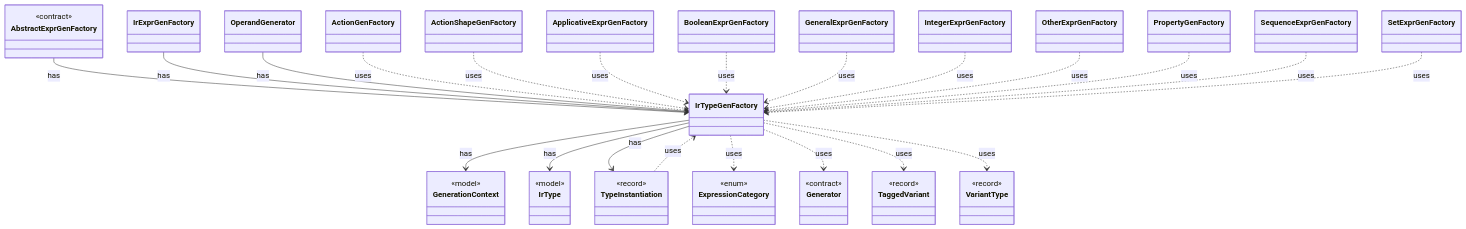
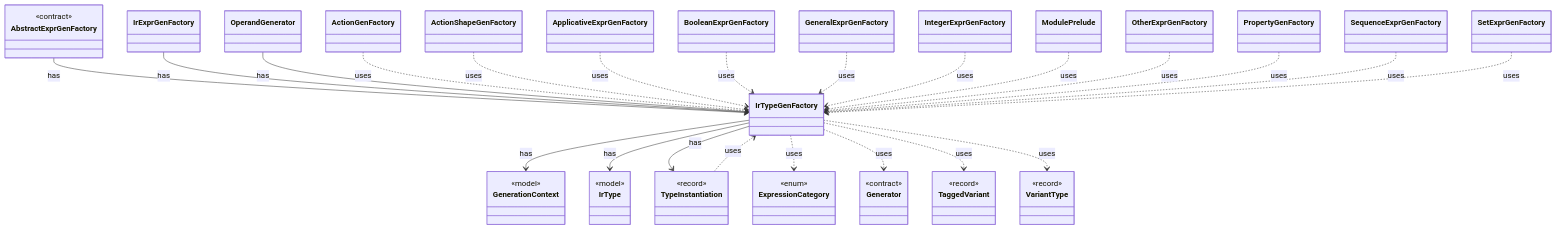
The diagram in dev/types/io.github.tlaplus.hardening.gen.engine.IrTypeGenFactory.md (tlaplus/model-checker-hardening), drawn with Mermaid before and after one commit. The commit also changed other lines of this file and 401 other files, not shown here.

````diff
--- a/dev/types/io.github.tlaplus.hardening.gen.engine.IrTypeGenFactory.md
+++ b/dev/types/io.github.tlaplus.hardening.gen.engine.IrTypeGenFactory.md
@@ -7,61 +7,63 @@
 ```mermaid
 classDiagram
   class IrTypeGenFactory
   class GenerationContext {
     <<model>>
   }
   class IrType {
     <<model>>
   }
   class TypeInstantiation {
     <<record>>
   }
   class AbstractExprGenFactory {
     <<contract>>
   }
   class IrExprGenFactory
   class OperandGenerator
   class ExpressionCategory {
     <<enum>>
   }
   class Generator {
     <<contract>>
   }
   class TaggedVariant {
     <<record>>
   }
   class VariantType {
     <<record>>
   }
   class ActionGenFactory
   class ActionShapeGenFactory
   class ApplicativeExprGenFactory
   class BooleanExprGenFactory
   class GeneralExprGenFactory
   class IntegerExprGenFactory
+  class ModulePrelude
   class OtherExprGenFactory
   class PropertyGenFactory
   class SequenceExprGenFactory
   class SetExprGenFactory
   IrTypeGenFactory --> GenerationContext : has
   IrTypeGenFactory --> IrType : has
   IrTypeGenFactory --> TypeInstantiation : has
   AbstractExprGenFactory --> IrTypeGenFactory : has
   IrExprGenFactory --> IrTypeGenFactory : has
   OperandGenerator --> IrTypeGenFactory : has
   IrTypeGenFactory ..> ExpressionCategory : uses
   IrTypeGenFactory ..> Generator : uses
   IrTypeGenFactory ..> TaggedVariant : uses
   IrTypeGenFactory ..> VariantType : uses
   ActionGenFactory ..> IrTypeGenFactory : uses
   ActionShapeGenFactory ..> IrTypeGenFactory : uses
   ApplicativeExprGenFactory ..> IrTypeGenFactory : uses
   BooleanExprGenFactory ..> IrTypeGenFactory : uses
   GeneralExprGenFactory ..> IrTypeGenFactory : uses
   IntegerExprGenFactory ..> IrTypeGenFactory : uses
+  ModulePrelude ..> IrTypeGenFactory : uses
   OtherExprGenFactory ..> IrTypeGenFactory : uses
   PropertyGenFactory ..> IrTypeGenFactory : uses
   SequenceExprGenFactory ..> IrTypeGenFactory : uses
   SetExprGenFactory ..> IrTypeGenFactory : uses
   TypeInstantiation ..> IrTypeGenFactory : uses
 ```
````
